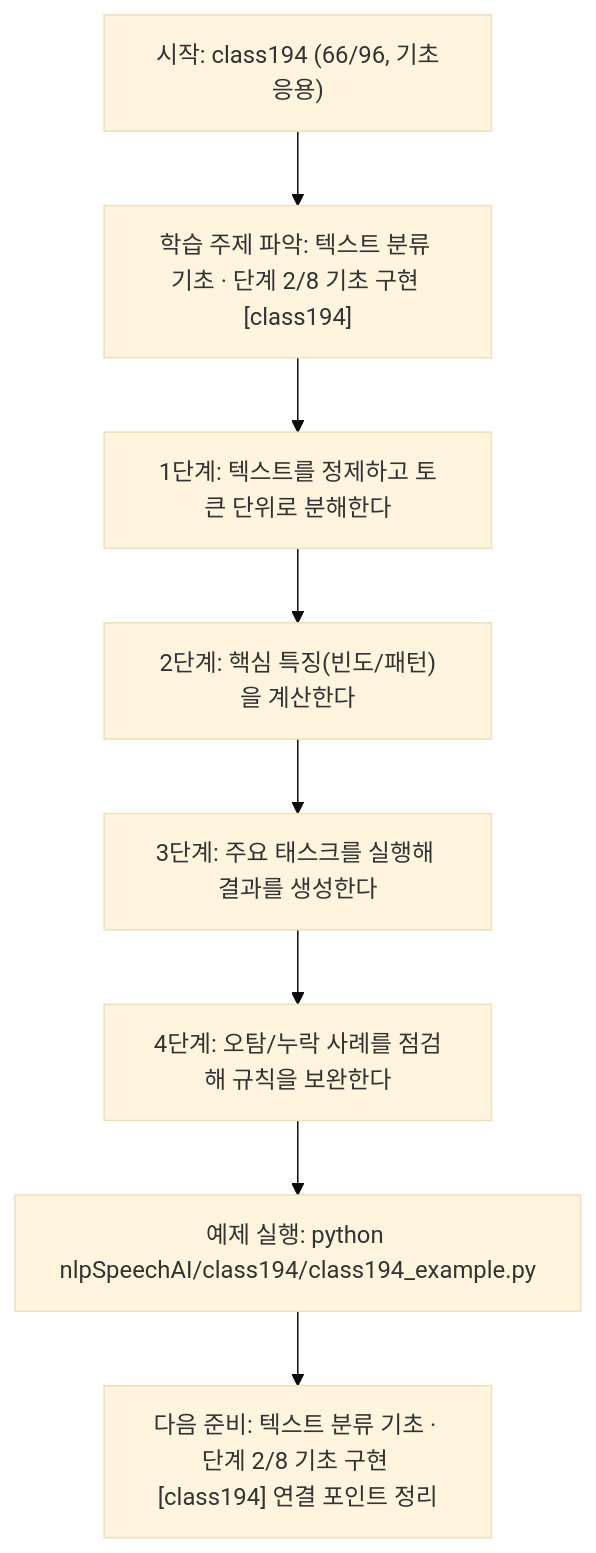
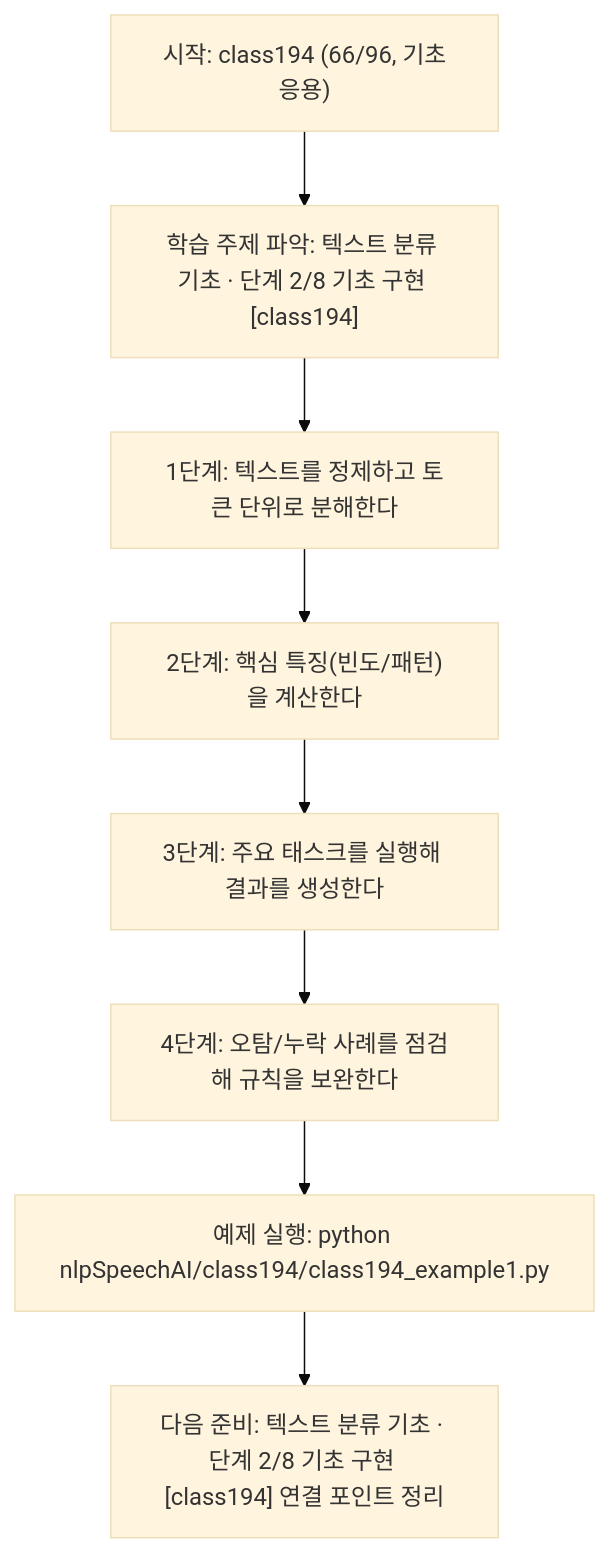
One commit to edumgt/Python-AI_Agent-Class changed the diagram in nlpSpeechAI/class194/class194.md. Above: the diagram before and after it, drawn with Mermaid (base theme). The commit also changed other lines of this file and 2959 other files, not shown here.

````diff
--- a/nlpSpeechAI/class194/class194.md
+++ b/nlpSpeechAI/class194/class194.md
@@ -114,18 +114,18 @@
 ```mermaid
 flowchart TD
 N1["시작: class194 (66/96, 기초응용)"]
 N2["학습 주제 파악: 텍스트 분류 기초 · 단계 2/8 기초 구현 [class194]"]
 N3["1단계: 텍스트를 정제하고 토큰 단위로 분해한다"]
 N4["2단계: 핵심 특징(빈도/패턴)을 계산한다"]
 N5["3단계: 주요 태스크를 실행해 결과를 생성한다"]
 N6["4단계: 오탐/누락 사례를 점검해 규칙을 보완한다"]
-N7["예제 실행: python nlpSpeechAI/class194/class194_example.py"]
+N7["예제 실행: python nlpSpeechAI/class194/class194_example1.py"]
 N8["다음 준비: 텍스트 분류 기초 · 단계 2/8 기초 구현 [class194] 연결 포인트 정리"]
 N1 --> N2
 N2 --> N3
 N3 --> N4
 N4 --> N5
 N5 --> N6
 N6 --> N7
 N7 --> N8
 ```
````
